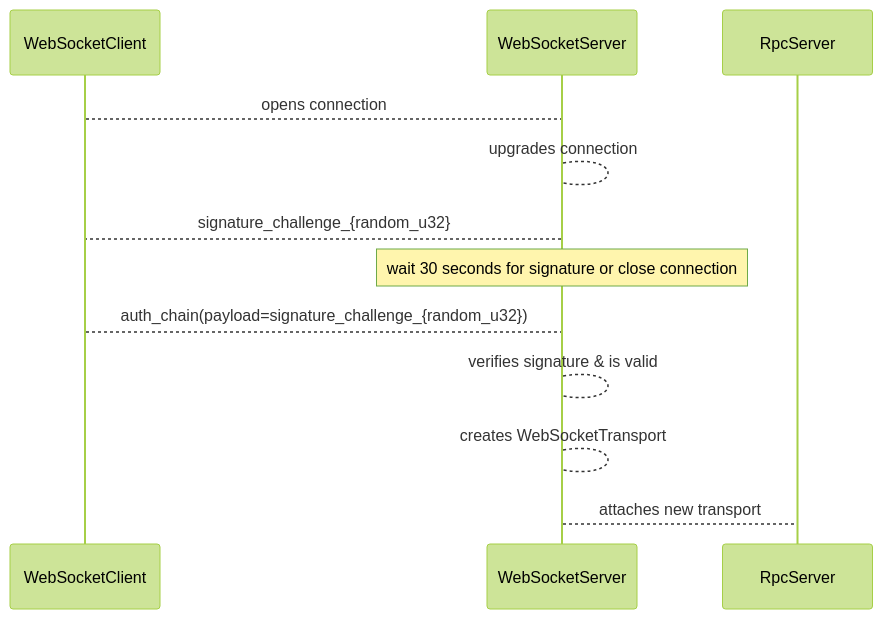
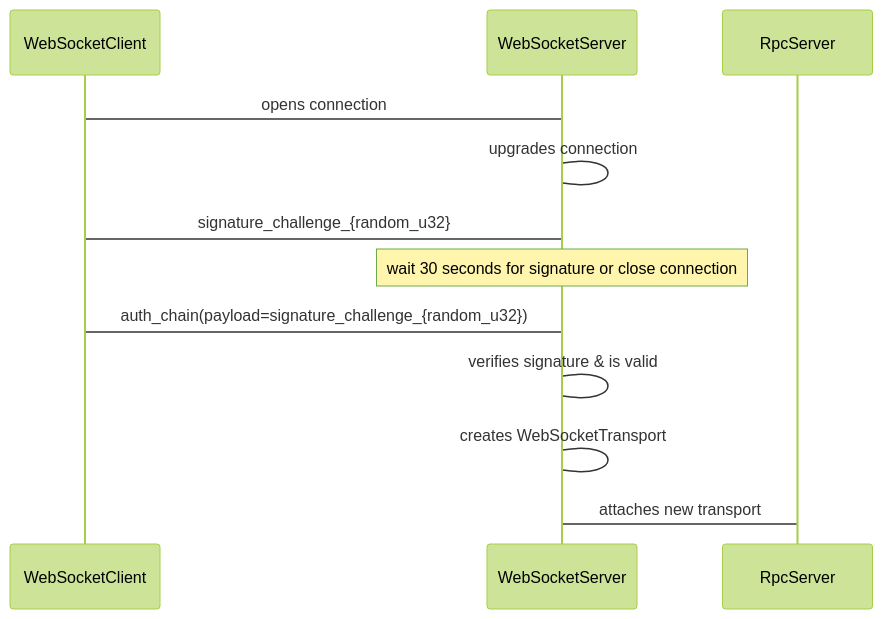
One commit to decentraland/adr changed the first of 2 diagrams in content/ADR-220-quests-rpc-login.md. Above: the diagram before and after it, drawn with Mermaid (forest theme). The commit also changed other lines of this file, not shown here.

````diff
--- a/content/ADR-220-quests-rpc-login.md
+++ b/content/ADR-220-quests-rpc-login.md
@@ -37,11 +37,11 @@
 ```mermaid
 sequenceDiagram
-    WebSocketClient-->WebSocketServer: opens connection
-    WebSocketServer-->WebSocketServer: upgrades connection
-    WebSocketServer-->WebSocketClient: signature_challenge_{random_u32}
+    WebSocketClient->WebSocketServer: opens connection
+    WebSocketServer->WebSocketServer: upgrades connection
+    WebSocketServer->WebSocketClient: signature_challenge_{random_u32}
     note over WebSocketServer: wait 30 seconds for signature or close connection
-    WebSocketClient-->WebSocketServer: auth_chain(payload=signature_challenge_{random_u32})
-    WebSocketServer-->WebSocketServer: verifies signature & is valid
-    WebSocketServer-->WebSocketServer: creates WebSocketTransport
-    WebSocketServer-->RpcServer: attaches new transport
+    WebSocketClient->WebSocketServer: auth_chain(payload=signature_challenge_{random_u32})
+    WebSocketServer->WebSocketServer: verifies signature & is valid
+    WebSocketServer->WebSocketServer: creates WebSocketTransport
+    WebSocketServer->RpcServer: attaches new transport
 ```
````
